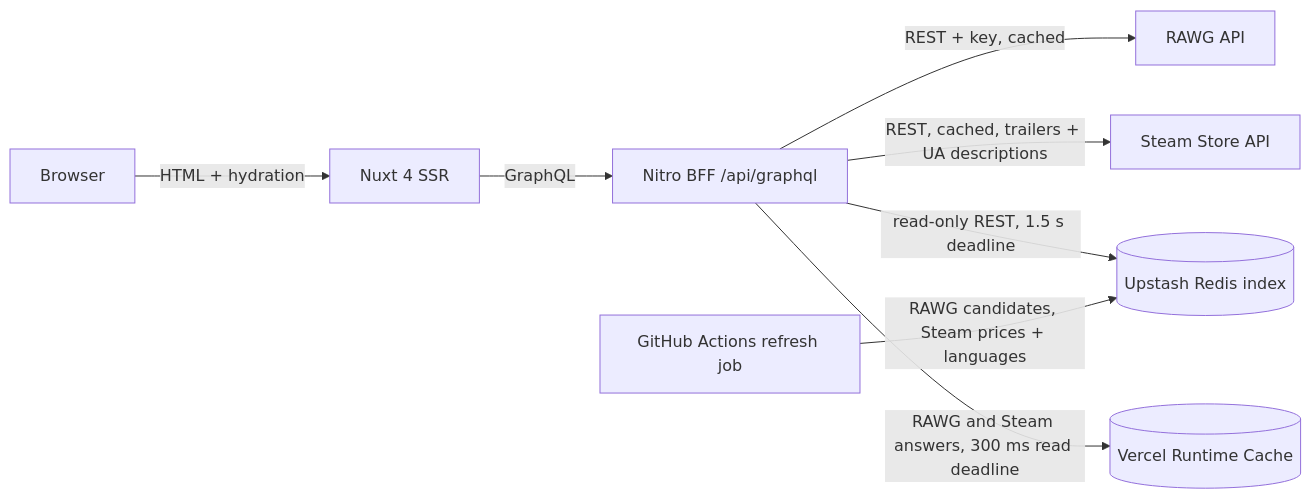
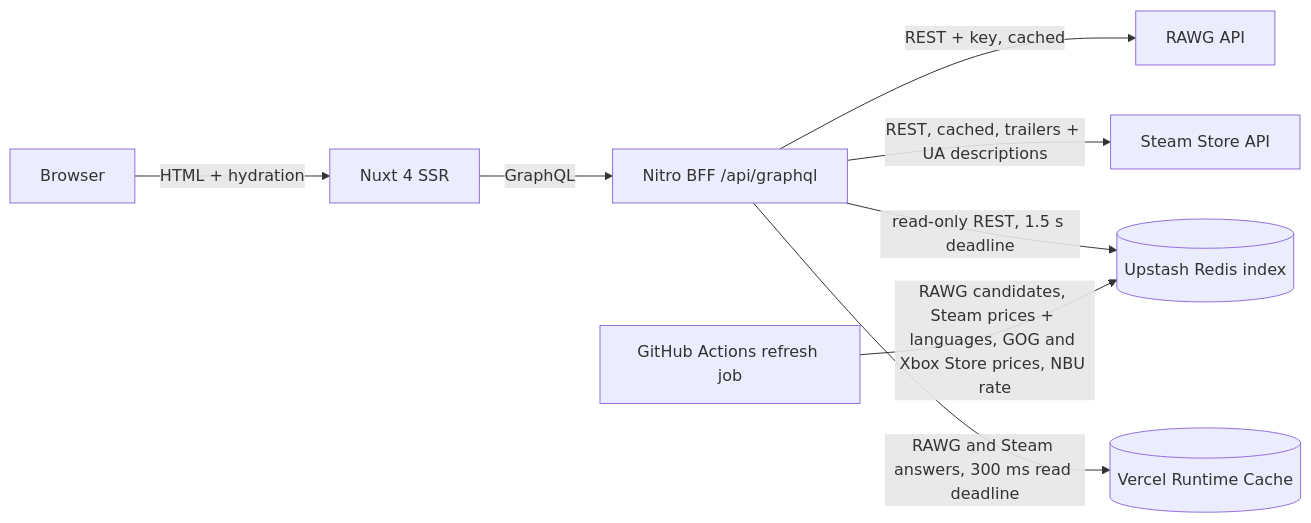
Before and after one commit to Sennjen/gg-stay: the diagram in README.md, drawn with Mermaid. The commit also changed other lines of this file and 97 other files, not shown here.

Commit message:
Show what GOG and the Xbox Store charge in Ukraine (#86)

````diff
--- a/README.md
+++ b/README.md
@@ -32,10 +33,10 @@
 ```mermaid
 flowchart LR
   B[Browser] -->|HTML + hydration| N[Nuxt 4 SSR]
   N -->|GraphQL| G[Nitro BFF /api/graphql]
   G -->|REST + key, cached| R[RAWG API]
   G -->|REST, cached, trailers + UA descriptions| S[Steam Store API]
   G -->|read-only REST, 1.5 s deadline| I[(Upstash Redis index)]
   G -->|RAWG and Steam answers, 300 ms read deadline| C[(Vercel Runtime Cache)]
-  J[GitHub Actions refresh job] -->|RAWG candidates, Steam prices + languages| I
+  J[GitHub Actions refresh job] -->|RAWG candidates, Steam prices + languages, GOG and Xbox Store prices, NBU rate| I
 ```
````
